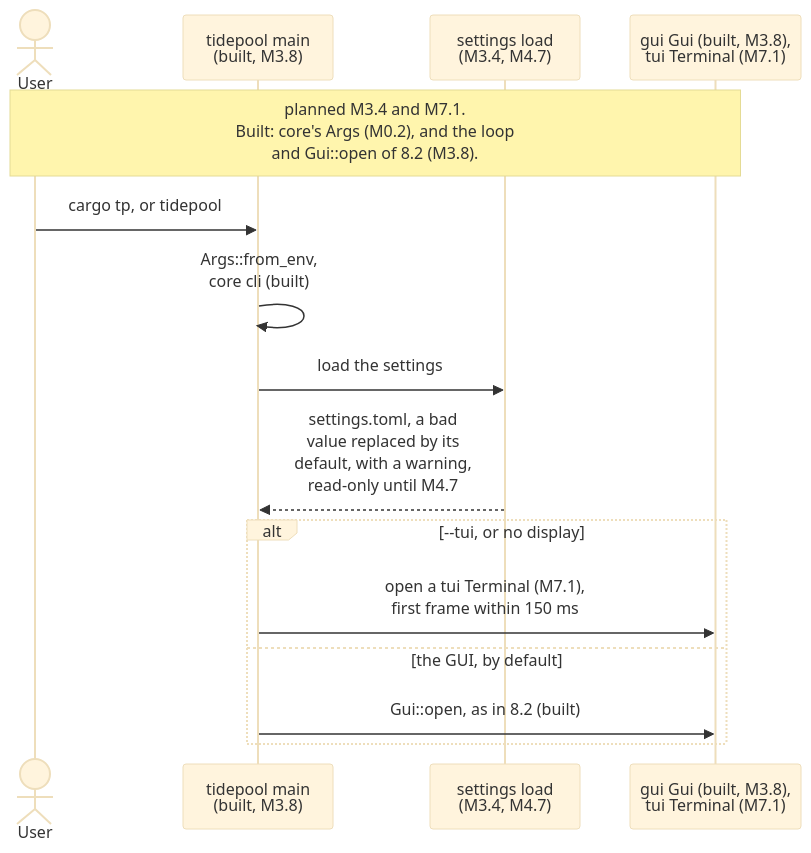
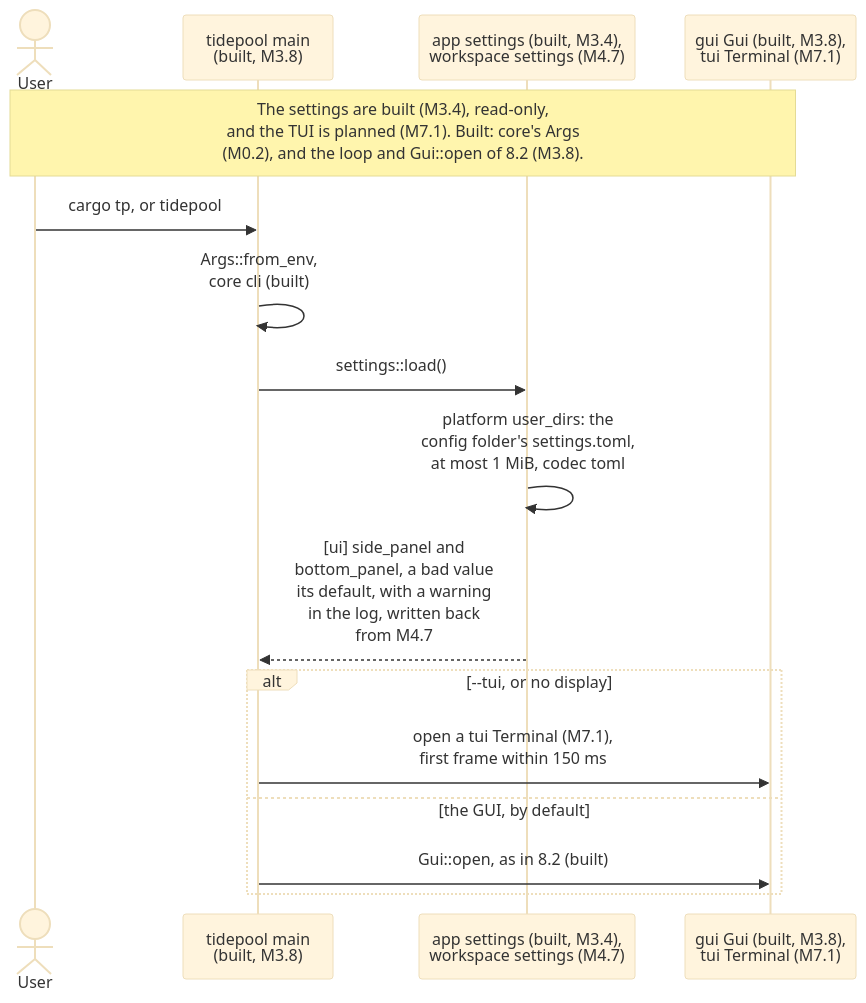
The ninth of 24 diagrams in diagrams/sequence-diagrams.md (jabbott-iii/Tidepool), drawn with Mermaid (base theme) before and after one commit. The commit also changed other lines of this file and 38 other files, not shown here.

````diff
--- a/diagrams/sequence-diagrams.md
+++ b/diagrams/sequence-diagrams.md
@@ -530,18 +528,19 @@
 ```mermaid
 sequenceDiagram
     actor User
     participant Cli as tidepool main<br/>(built, M3.8)
-    participant Cfg as settings load<br/>(M3.4, M4.7)
+    participant Cfg as app settings (built, M3.4),<br/>workspace settings (M4.7)
     participant Fe as gui Gui (built, M3.8),<br/>tui Terminal (M7.1)
 
-    Note over User,Fe: planned M3.4 and M7.1.<br/>Built: core's Args (M0.2), and the loop<br/>and Gui::open of 8.2 (M3.8).
+    Note over User,Fe: The settings are built (M3.4), read-only,<br/>and the TUI is planned (M7.1). Built: core's Args<br/>(M0.2), and the loop and Gui::open of 8.2 (M3.8).
     User->>Cli: cargo tp, or tidepool
     Cli->>Cli: Args::from_env,<br/>core cli (built)
-    Cli->>Cfg: load the settings
-    Cfg-->>Cli: settings.toml, a bad<br/>value replaced by its<br/>default, with a warning,<br/>read-only until M4.7
+    Cli->>Cfg: settings::load()
+    Cfg->>Cfg: platform user_dirs: the<br/>config folder's settings.toml,<br/>at most 1 MiB, codec toml
+    Cfg-->>Cli: [ui] side_panel and<br/>bottom_panel, a bad value<br/>its default, with a warning<br/>in the log, written back<br/>from M4.7
     alt --tui, or no display
         Cli->>Fe: open a tui Terminal (M7.1),<br/>first frame within 150 ms
     else the GUI, by default
         Cli->>Fe: Gui::open, as in 8.2 (built)
     end
 ```
````
